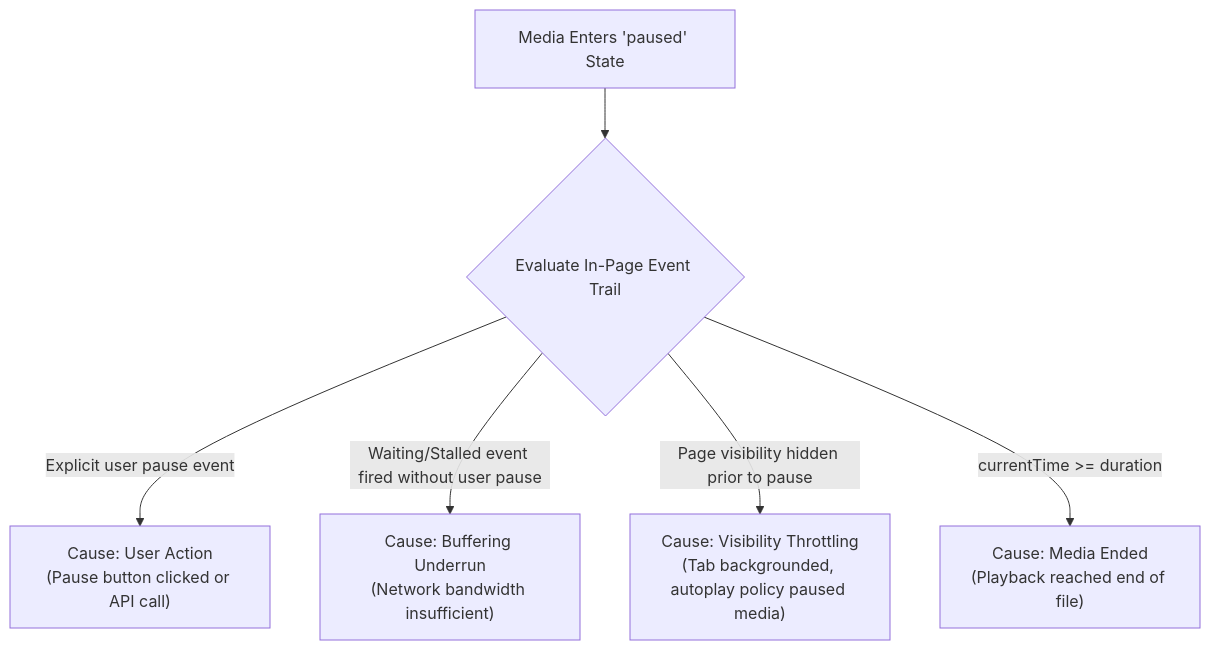
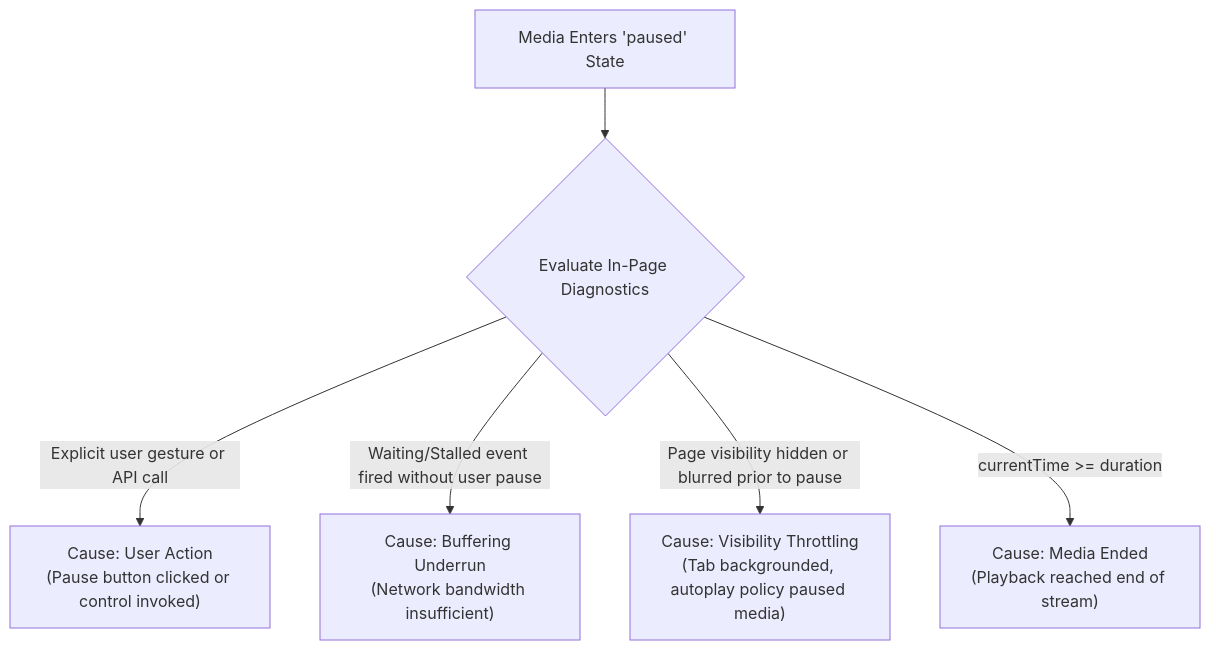
Before and after one commit to joelaniol/nova: the third of 4 diagrams in docs/core-features/media-intelligence/media-playback/README.md, drawn with Mermaid. The commit also changed other lines of this file and 11 other files, not shown here.

Commit message:
docs(media-intelligence): expand architectural reference with Outrider boundary, WMF decoding, crash guards, and permission provenance

````diff
--- a/docs/core-features/media-intelligence/media-playback/README.md
+++ b/docs/core-features/media-intelligence/media-playback/README.md
@@ -80,9 +104,9 @@
 ```mermaid
-graph TD
-    PauseEvent["Media Enters 'paused' State"] --> CheckCause{"Evaluate In-Page Event Trail"}
+flowchart TD
+    PauseEvent["Media Enters 'paused' State"] --> CheckClassifier{"Evaluate In-Page Diagnostics"}
 
-    CheckCause -->|Explicit user pause event| UserAction["Cause: User Action\n(Pause button clicked or API call)"]
-    CheckCause -->|Waiting/Stalled event fired without user pause| BufferUnderrun["Cause: Buffering Underrun\n(Network bandwidth insufficient)"]
-    CheckCause -->|Page visibility hidden prior to pause| VisibilityThrottling["Cause: Visibility Throttling\n(Tab backgrounded, autoplay policy paused media)"]
-    CheckCause -->|currentTime >= duration| MediaEnded["Cause: Media Ended\n(Playback reached end of file)"]
+    CheckClassifier -->|Explicit user gesture or API call| UserAction["Cause: User Action\n(Pause button clicked or control invoked)"]
+    CheckClassifier -->|Waiting/Stalled event fired without user pause| BufferStall["Cause: Buffering Underrun\n(Network bandwidth insufficient)"]
+    CheckClassifier -->|Page visibility hidden or blurred prior to pause| VisibilityThrottling["Cause: Visibility Throttling\n(Tab backgrounded, autoplay policy paused media)"]
+    CheckClassifier -->|currentTime >= duration| MediaEnded["Cause: Media Ended\n(Playback reached end of stream)"]
 ```
````
